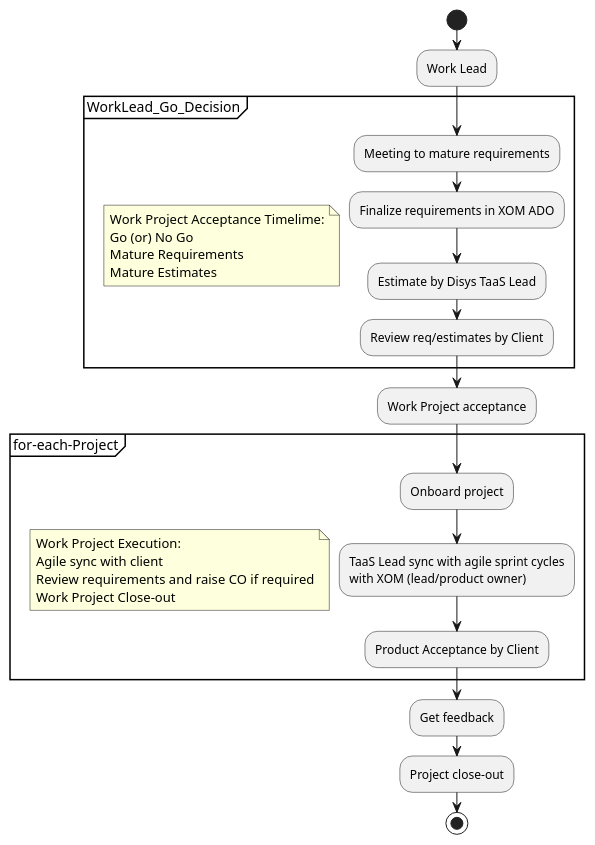
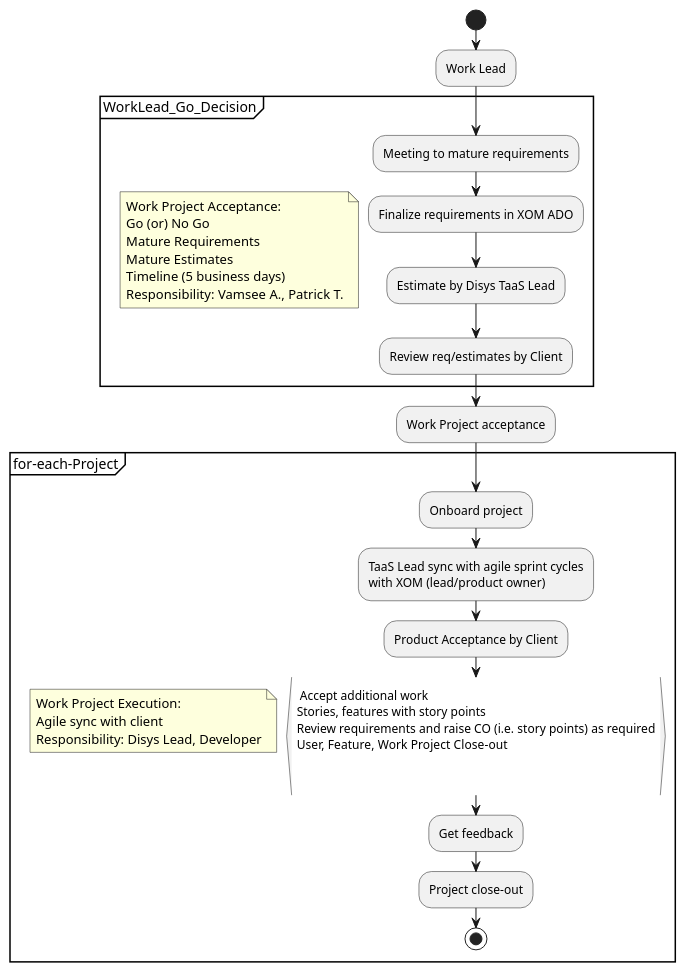
Before and after one commit to vamseeachanta/energy: the diagram in tools/puml/project_process_workflow.puml, drawn with PlantUML. The commit also changed 2 other files, not shown here.

```diff
--- a/tools/puml/project_process_workflow.puml
+++ b/tools/puml/project_process_workflow.puml
@@ -1,43 +1,47 @@
 @startuml
-
 start
 :Work Lead;
 partition WorkLead_Go_Decision {
 
 note
-    Work Project Acceptance Timelime:
+    Work Project Acceptance:
     Go (or) No Go
     Mature Requirements
     Mature Estimates
+    Timeline (5 business days)
+    Responsibility: Vamsee A., Patrick T.
 end note
 
 :Meeting to mature requirements;
 :Finalize requirements in XOM ADO;
 :Estimate by Disys TaaS Lead;
 :Review req/estimates by Client;
 
 }
 
 :Work Project acceptance;
 
 partition for-each-Project {
 
 note
     Work Project Execution:
     Agile sync with client
-    Review requirements and raise CO if required
-    Work Project Close-out
+    Responsibility: Disys Lead, Developer
 end note
 
 :Onboard project;
 :TaaS Lead sync with agile sprint cycles
 with XOM (lead/product owner);
 :Product Acceptance by Client;
+: Accept additional work
+Stories, features with story points
+Review requirements and raise CO (i.e. story points) as required
+User, Feature, Work Project Close-out
 
 }
 
 :Get feedback;
 :Project close-out;
 
 stop
 @enduml
```
